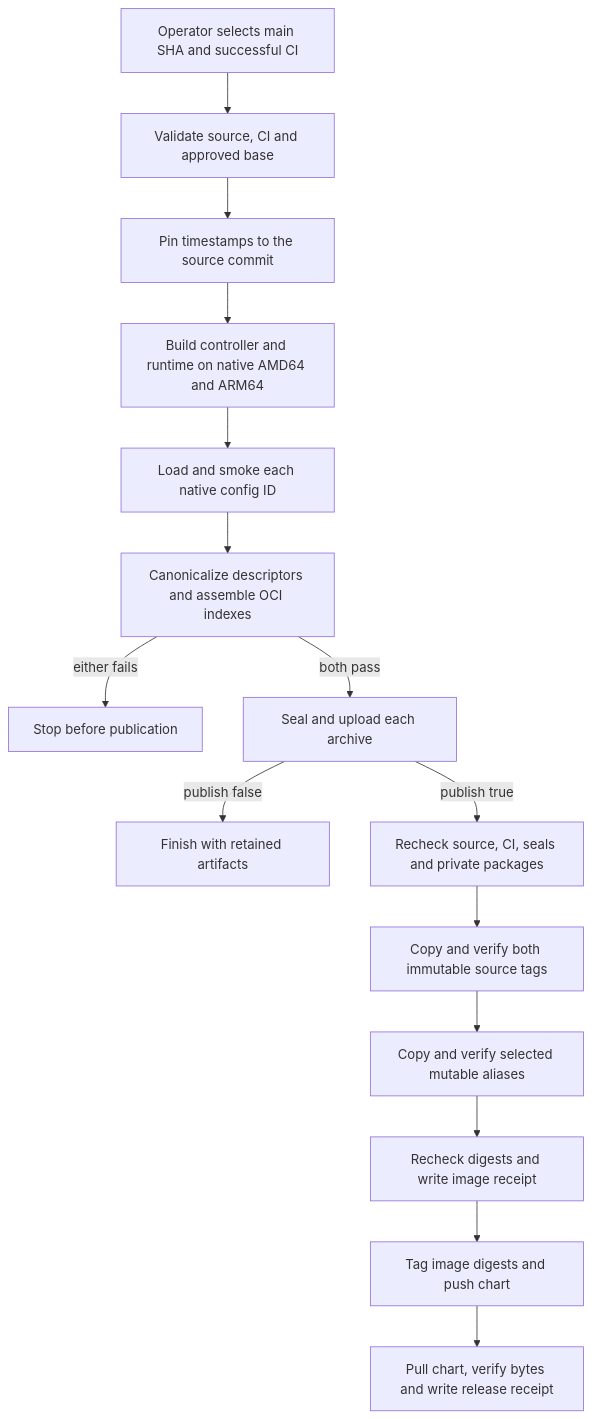
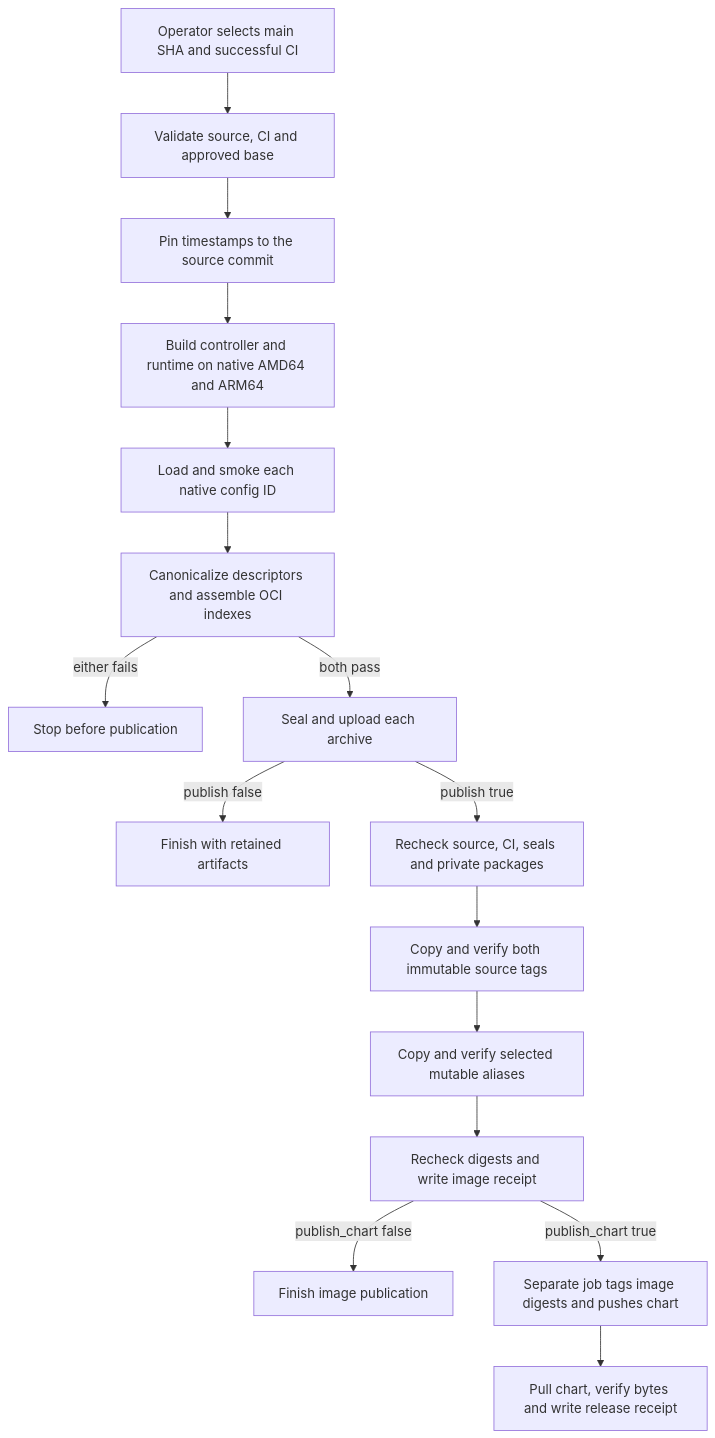
One commit to IsaiahStapleton/openclaw-enterprise changed the diagram in docs/flows/container-publication.md. Above: the diagram before and after it, drawn with Mermaid. The commit also changed other lines of this file and 6 other files, not shown here.

Commit message:
ci: make Helm chart publication opt-in

````diff
--- a/docs/flows/container-publication.md
+++ b/docs/flows/container-publication.md
@@ -33,17 +32,18 @@
 ```mermaid
 graph TD
   A["Operator selects main SHA and successful CI"] --> B["Validate source, CI and approved base"]
   B --> C["Pin timestamps to the source commit"]
   C --> D["Build controller and runtime on native AMD64 and ARM64"]
   D --> E["Load and smoke each native config ID"]
   E --> H["Canonicalize descriptors and assemble OCI indexes"]
   H -->|either fails| X["Stop before publication"]
   H -->|both pass| F["Seal and upload each archive"]
   F -->|publish false| G["Finish with retained artifacts"]
   F -->|publish true| I["Recheck source, CI, seals and private packages"]
   I --> J["Copy and verify both immutable source tags"]
   J --> K["Copy and verify selected mutable aliases"]
   K --> L["Recheck digests and write image receipt"]
-  L --> M["Tag image digests and push chart"]
+  L -->|publish_chart false| O["Finish image publication"]
+  L -->|publish_chart true| M["Separate job tags image digests and pushes chart"]
   M --> N["Pull chart, verify bytes and write release receipt"]
 ```
````
